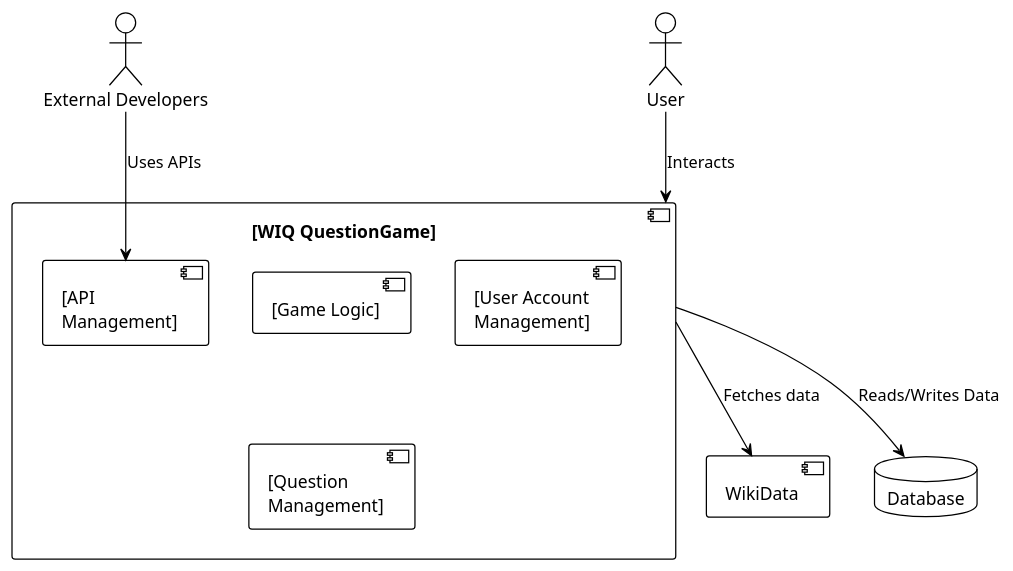
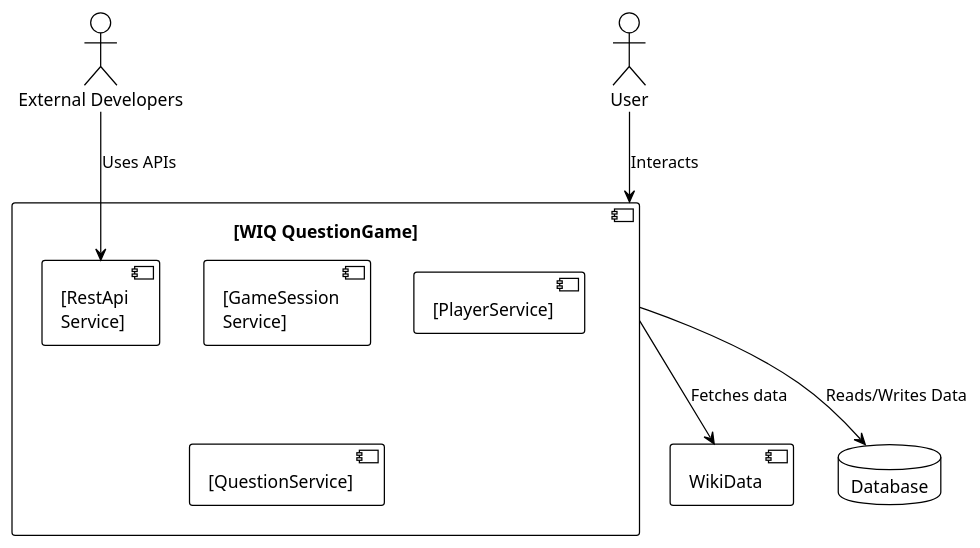
The first of 3 diagrams in docs/src/05_building_block_view.adoc (Arquisoft/wiq_es04b), drawn with PlantUML before and after one commit.

Commit message:
Actualización Whitebox Overall System

```diff
--- a/docs/src/05_building_block_view.adoc
+++ b/docs/src/05_building_block_view.adoc
@@ -13,23 +13,23 @@
 [plantuml,"Whitebox-overall",png]
 ----
 @startuml
 !theme plain
 
 actor User
 actor "External Developers" as Dev
 component "[WIQ QuestionGame]" as WIQ {
-  component "[Game Logic]" as Logic
-  component "[User Account\nManagement]" as UserMgmt
-  component "[Question\nManagement]" as QuestMgmt
-  component "[API\nManagement]" as APIMgmt
+  component "[GameSession\nService]" as Logic
+  component "[PlayerService]" as UserMgmt
+  component "[QuestionService]" as QuestMgmt
+  component "[RestApi\nService]" as APIMgmt
 }
 database "Database" as DB
 [WikiData] as WikiData
 
 User --> WIQ : Interacts
 WIQ --> WikiData : Fetches data
 WIQ --> DB : Reads/Writes Data
 Dev --> APIMgmt : Uses APIs
 
 @enduml
 ----
```
